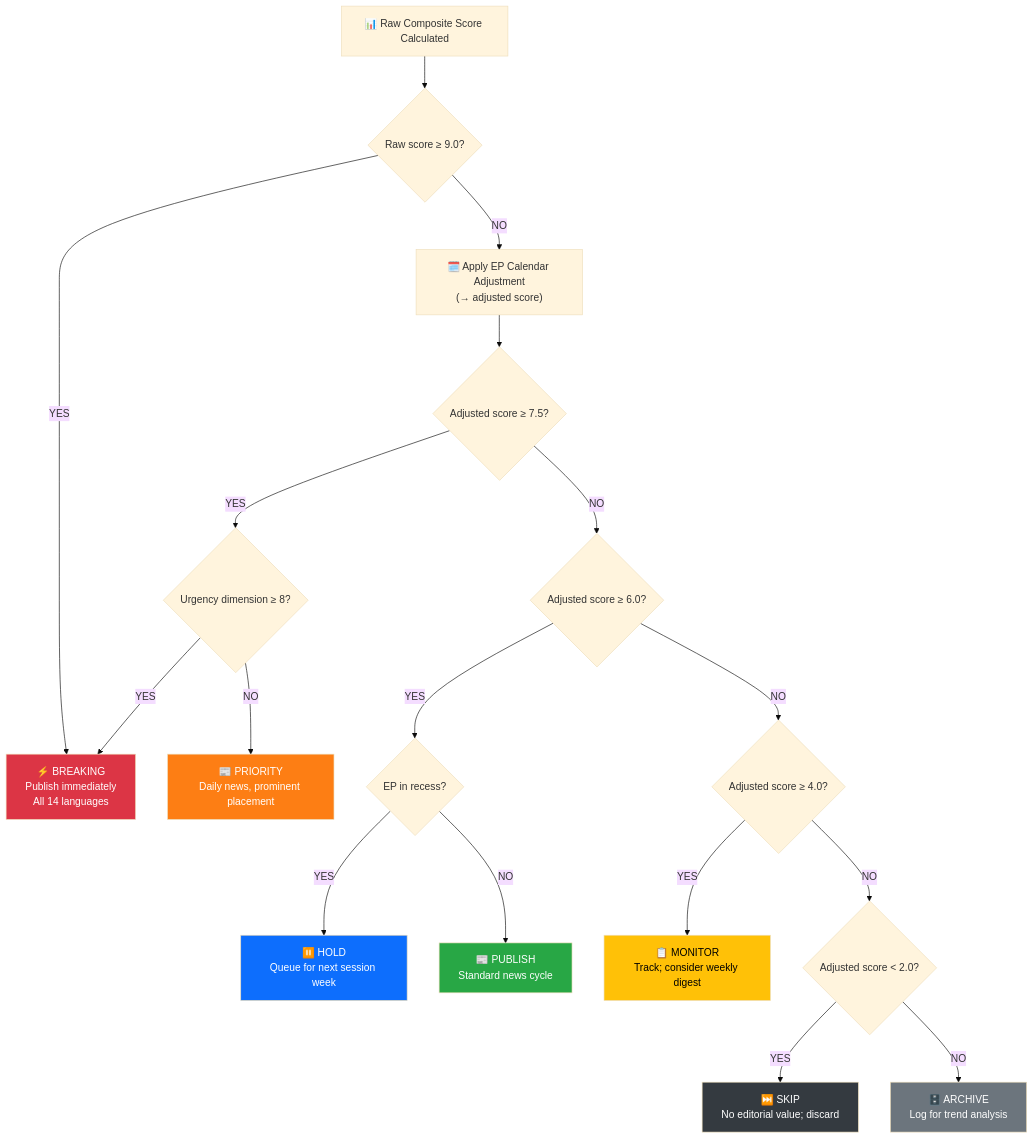
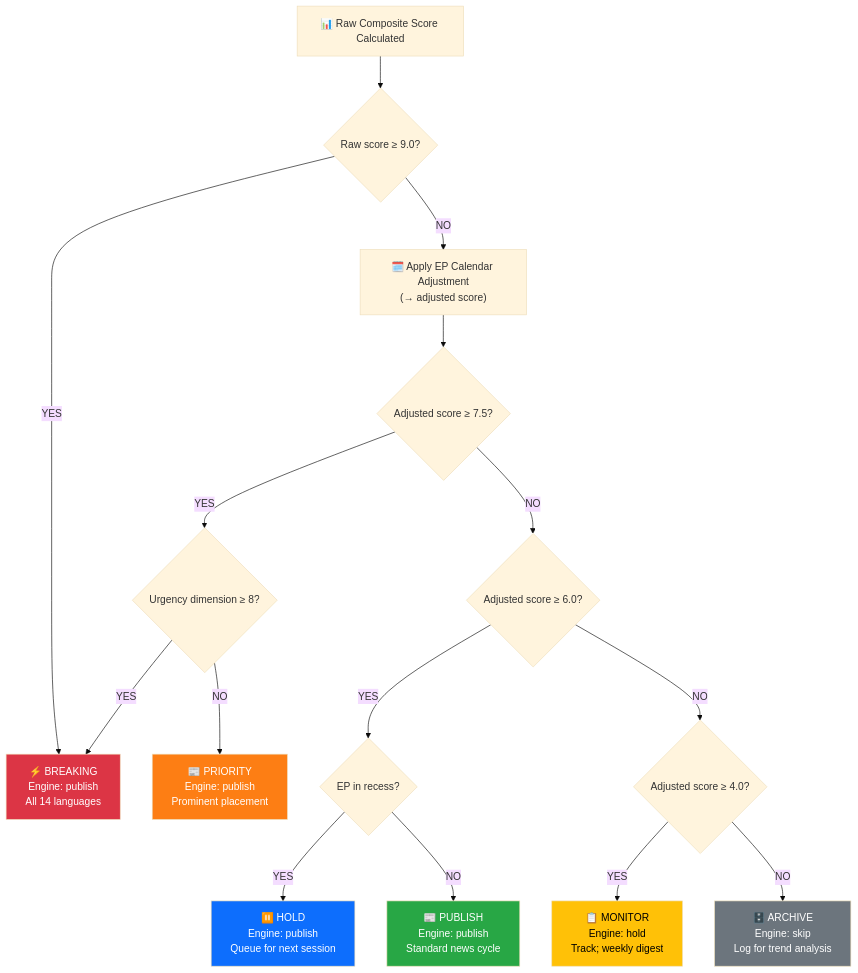
The diagram in analysis/templates/significance-scoring.md (Hack23/euparliamentmonitor), drawn with Mermaid (base theme) before and after one commit. The commit also changed other lines of this file and 3 other files, not shown here.

````diff
--- a/analysis/templates/significance-scoring.md
+++ b/analysis/templates/significance-scoring.md
@@ -125,27 +127,24 @@
 ```mermaid
 flowchart TD
     START["📊 Raw Composite Score Calculated"] --> Q1{"Raw score ≥ 9.0?"}
-    Q1 -->|"YES"| BRK["⚡ BREAKING<br/>Publish immediately<br/>All 14 languages"]
+    Q1 -->|"YES"| BRK["⚡ BREAKING<br/>Engine: publish<br/>All 14 languages"]
     Q1 -->|"NO"| ADJ["🗓️ Apply EP Calendar Adjustment<br/>(→ adjusted score)"]
     ADJ --> Q2{"Adjusted score ≥ 7.5?"}
     Q2 -->|"YES"| Q2A{"Urgency dimension ≥ 8?"}
     Q2A -->|"YES"| BRK
-    Q2A -->|"NO"| PRI["📰 PRIORITY<br/>Daily news, prominent placement"]
+    Q2A -->|"NO"| PRI["📰 PRIORITY<br/>Engine: publish<br/>Prominent placement"]
     Q2 -->|"NO"| Q3{"Adjusted score ≥ 6.0?"}
     Q3 -->|"YES"| Q3A{"EP in recess?"}
-    Q3A -->|"YES"| HOLD["⏸️ HOLD<br/>Queue for next session week"]
-    Q3A -->|"NO"| PUB["📰 PUBLISH<br/>Standard news cycle"]
+    Q3A -->|"YES"| HOLD["⏸️ HOLD<br/>Engine: publish<br/>Queue for next session"]
+    Q3A -->|"NO"| PUB["📰 PUBLISH<br/>Engine: publish<br/>Standard news cycle"]
     Q3 -->|"NO"| Q4{"Adjusted score ≥ 4.0?"}
-    Q4 -->|"YES"| MON["📋 MONITOR<br/>Track; consider weekly digest"]
-    Q4 -->|"NO"| Q5{"Adjusted score < 2.0?"}
-    Q5 -->|"YES"| SKIP["⏭️ SKIP<br/>No editorial value; discard"]
-    Q5 -->|"NO"| ARC["🗄️ ARCHIVE<br/>Log for trend analysis"]
+    Q4 -->|"YES"| MON["📋 MONITOR<br/>Engine: hold<br/>Track; weekly digest"]
+    Q4 -->|"NO"| ARC["🗄️ ARCHIVE<br/>Engine: skip<br/>Log for trend analysis"]
 
     style BRK fill:#dc3545,color:#fff
     style PRI fill:#fd7e14,color:#fff
     style PUB fill:#28a745,color:#fff
     style HOLD fill:#0d6efd,color:#fff
     style MON fill:#ffc107,color:#000
     style ARC fill:#6c757d,color:#fff
-    style SKIP fill:#343a40,color:#fff
 ```
````
